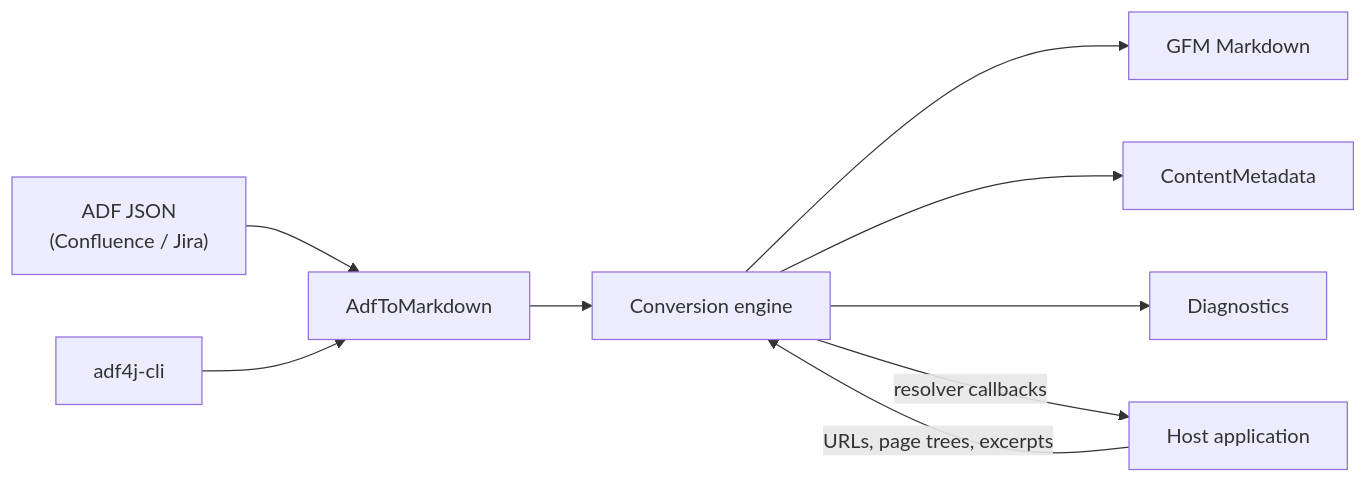
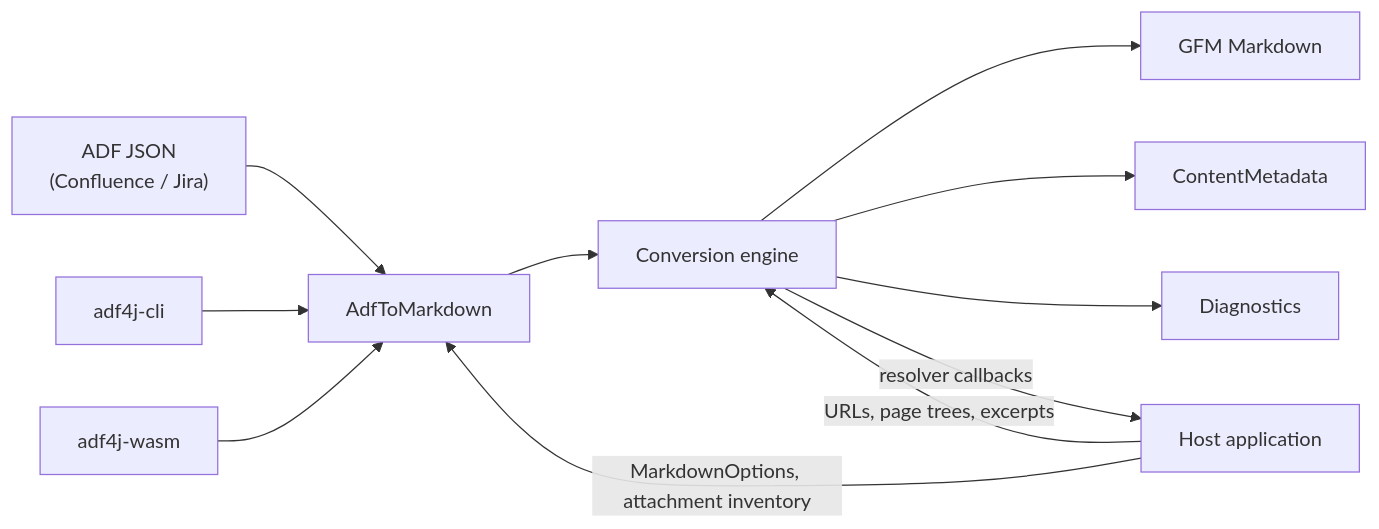
Before and after one commit to thiagogcm/adf4j: the first of 3 diagrams in docs/architecture.md, drawn with Mermaid. The commit also changed other lines of this file and 196 other files, not shown here.

````diff
--- a/docs/architecture.md
+++ b/docs/architecture.md
@@ -17,11 +17,13 @@
 ```mermaid
 flowchart LR
     src["ADF JSON<br/>(Confluence / Jira)"] --> api["AdfToMarkdown"]
     api --> engine["Conversion engine"]
     engine --> md["GFM Markdown"]
     engine --> meta["ContentMetadata"]
     engine --> diag["Diagnostics"]
     engine -->|resolver callbacks| host["Host application"]
     host -->|URLs, page trees, excerpts| engine
+    host -->|MarkdownOptions, attachment inventory| api
     cli["adf4j-cli"] --> api
+    wasm["adf4j-wasm"] --> api
 ```
````
